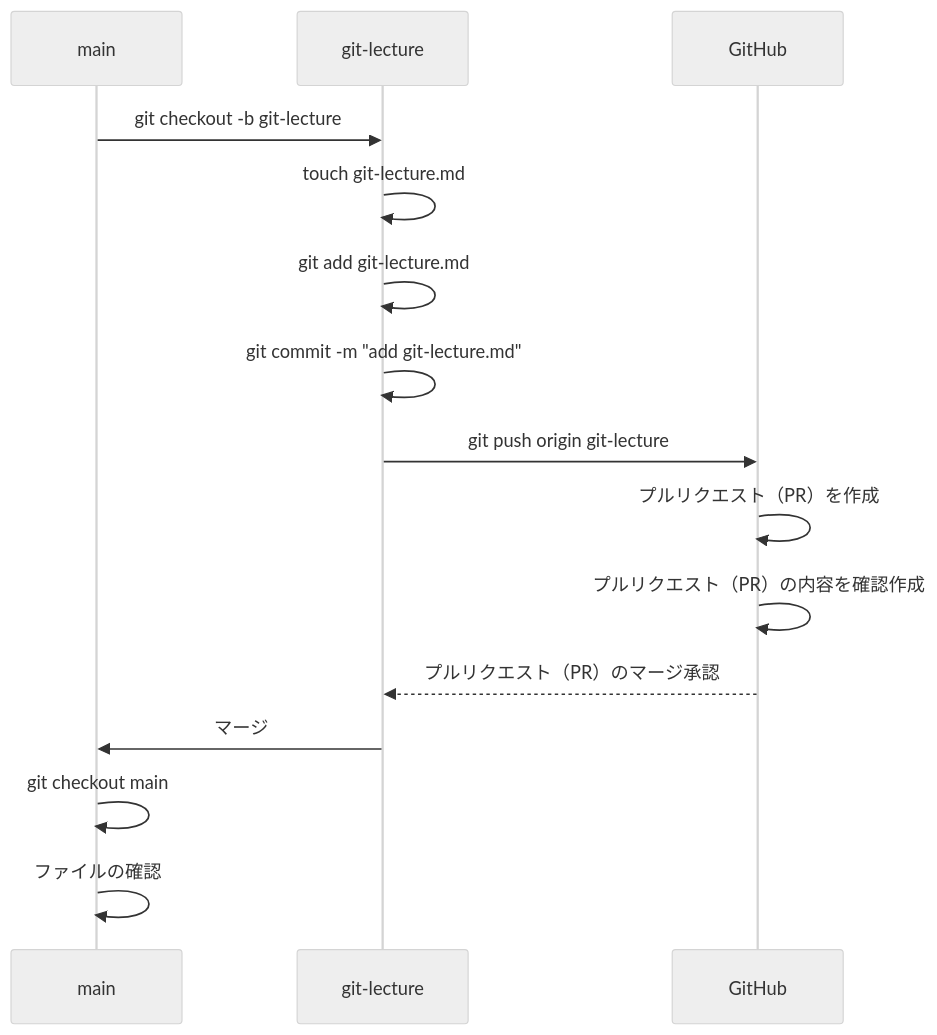
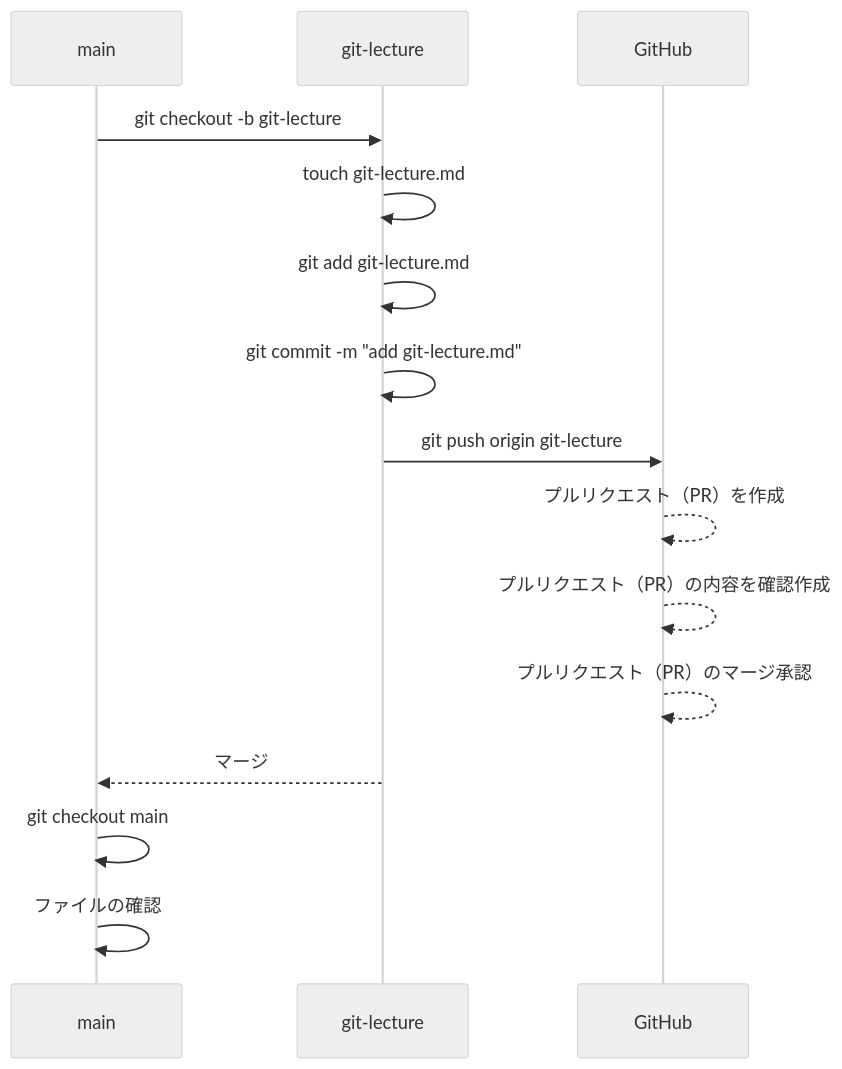
The tenth of 11 diagrams in aws/docs/git_lecture.md (MasatoshiMizumoto/raisetech_documents), drawn with Mermaid (neutral theme) before and after one commit. The commit also changed other lines of this file, not shown here.

````diff
--- a/aws/docs/git_lecture.md
+++ b/aws/docs/git_lecture.md
@@ -231,17 +238,17 @@
 ```mermaid
 sequenceDiagram
   participant A as main
   participant B as git-lecture
   participant C as GitHub
   A->>B: git checkout -b git-lecture
   B->>B: touch git-lecture.md
   B->>B: git add git-lecture.md
   B->>B: git commit -m "add git-lecture.md"
   B->>C: git push origin git-lecture
-  C->>C: プルリクエスト（PR）を作成
-  C->>C: プルリクエスト（PR）の内容を確認作成
-  C-->>B: プルリクエスト（PR）のマージ承認
-  B->>A: マージ
+  C-->>C: プルリクエスト（PR）を作成
+  C-->>C: プルリクエスト（PR）の内容を確認作成
+  C-->>C: プルリクエスト（PR）のマージ承認
+  B-->>A: マージ
   A->>A: git checkout main
   A->>A: ファイルの確認
 ```
````
